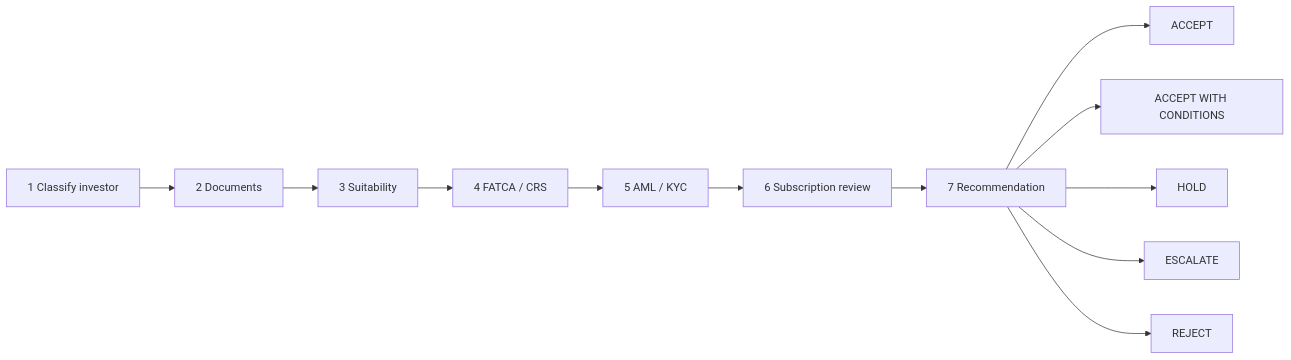
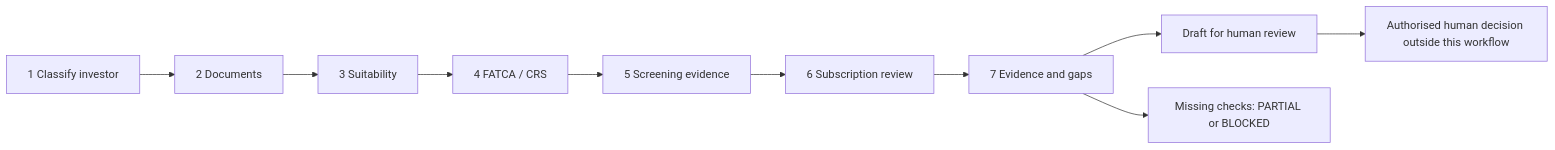
One commit to davendra/fundadmin-ai-skills changed the fourth of 4 diagrams in README.md. Above: the diagram before and after it, drawn with Mermaid. The commit also changed other lines of this file and 214 other files, not shown here.

````diff
--- a/README.md
+++ b/README.md
@@ -195,10 +202,8 @@
 ```mermaid
 flowchart LR
     S1["1 Classify investor"] --> S2["2 Documents"] --> S3["3 Suitability"] --> S4["4 FATCA / CRS"]
-    S4 --> S5["5 AML / KYC"] --> S6["6 Subscription review"] --> S7["7 Recommendation"]
-    S7 --> A["ACCEPT"]
-    S7 --> AC["ACCEPT WITH CONDITIONS"]
-    S7 --> H["HOLD"]
-    S7 --> E["ESCALATE"]
-    S7 --> X["REJECT"]
+    S4 --> S5["5 Screening evidence"] --> S6["6 Subscription review"] --> S7["7 Evidence and gaps"]
+    S7 --> D["Draft for human review"]
+    S7 --> G["Missing checks: PARTIAL or BLOCKED"]
+    D --> H["Authorised human decision outside this workflow"]
 ```
````
